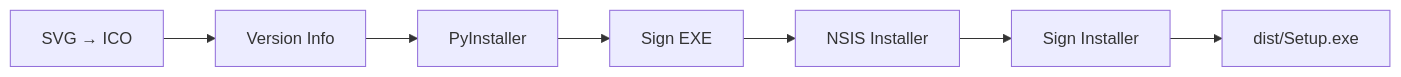
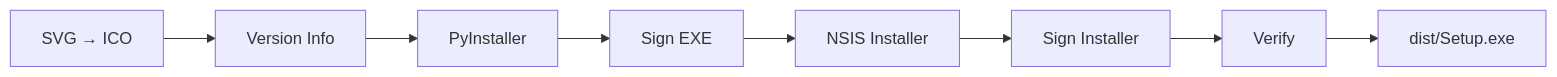
Before and after one commit to UVuruna/UVuruna: the first of 3 diagrams in CLAUDE.md, drawn with Mermaid. The commit also changed other lines of this file, not shown here.

First line of the commit message:
0.0.041 Build pipeline — add Step 7 (fail-closed Verify gate) mandated for every project

````diff
--- a/CLAUDE.md
+++ b/CLAUDE.md
@@ -838,10 +838,11 @@
 ```mermaid
 %%{init: {'flowchart': {'subGraphTitleMargin': {'top': 0, 'bottom': 35}}}}%%
 flowchart LR
     A[SVG → ICO] --> B[Version Info]
     B --> C[PyInstaller]
     C --> D[Sign EXE]
     D --> E[NSIS Installer]
     E --> G[Sign Installer]
-    G --> F[dist/Setup.exe]
+    G --> V[Verify]
+    V --> F[dist/Setup.exe]
 ```
````
